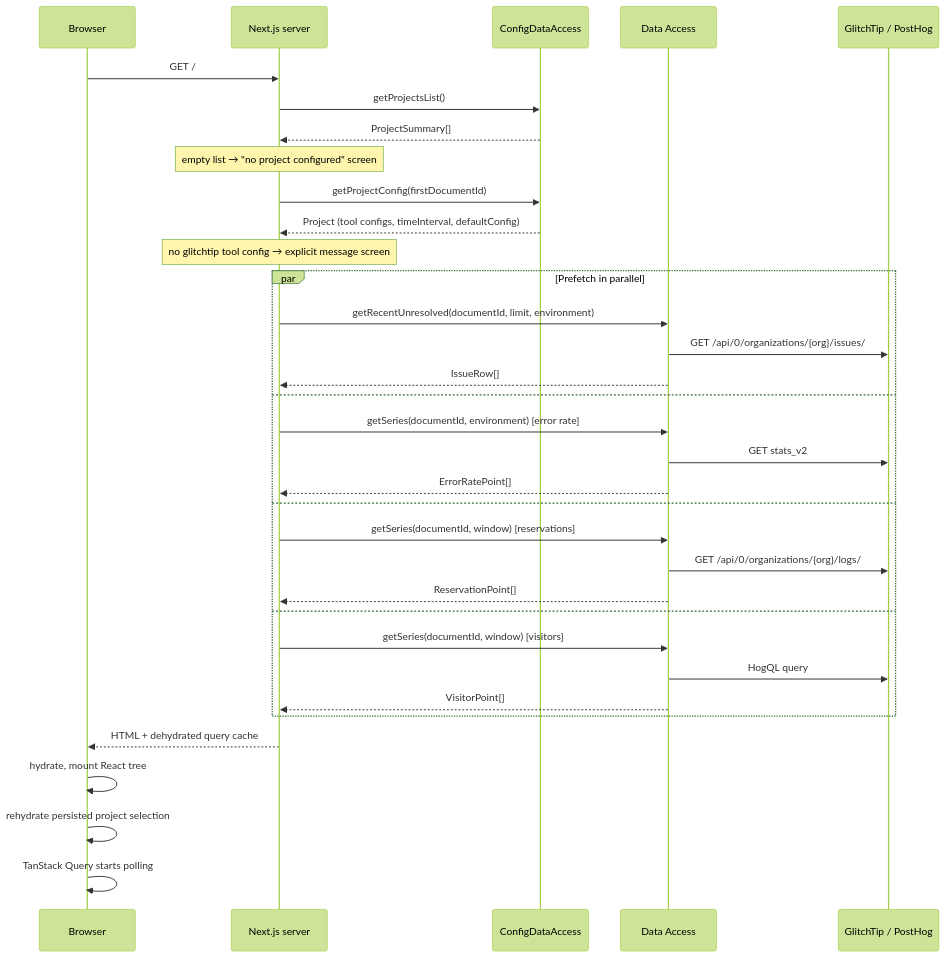
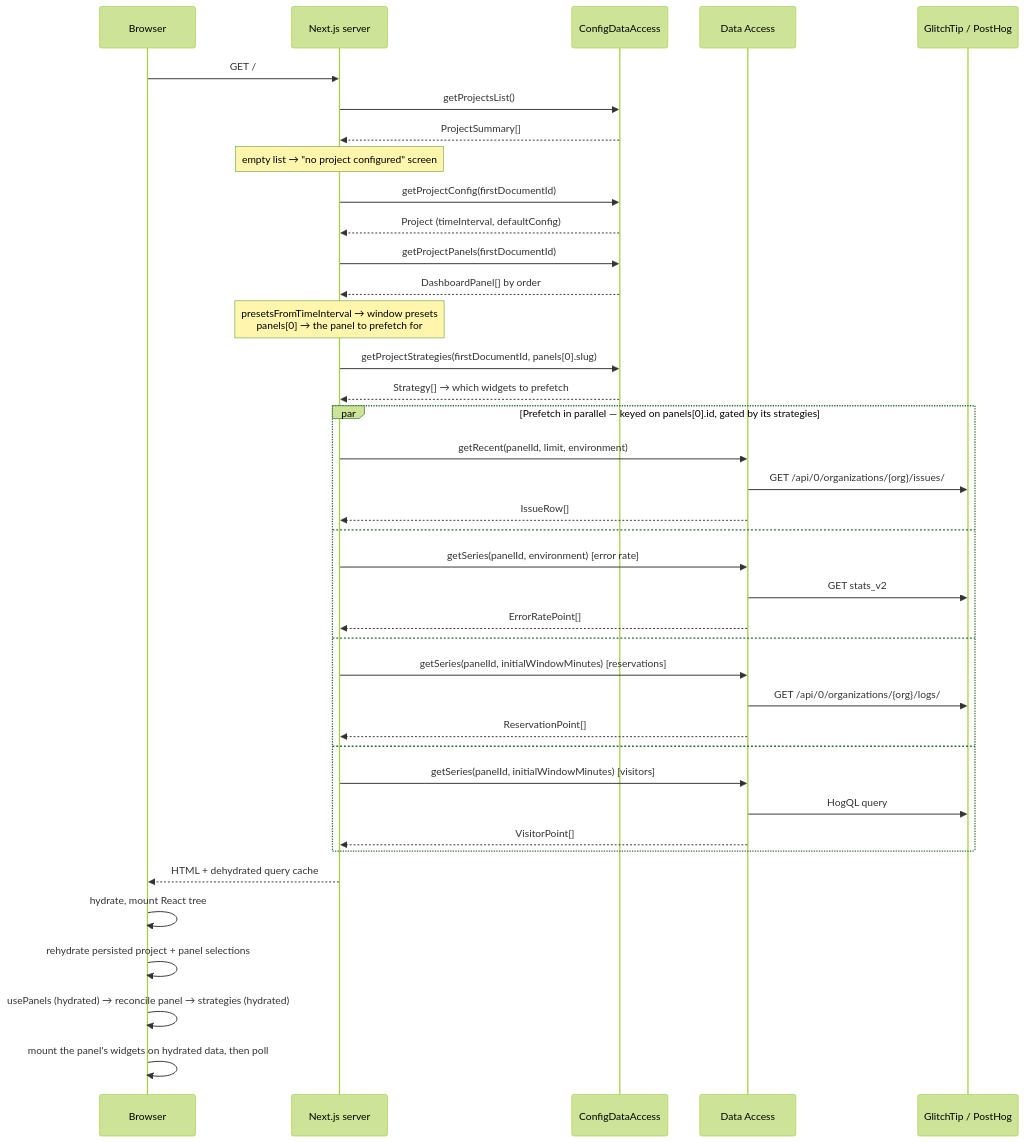
Before and after one commit to webteamuxco/dashboard-monitor: the sixth of 6 diagrams in apps/docs-site/docs/architecture.md, drawn with Mermaid (forest theme). The commit also changed other lines of this file and 27 other files, not shown here.

Commit message:
docs(dashboard): update all docs for panel feature

````diff
--- a/apps/docs-site/docs/architecture.md
+++ b/apps/docs-site/docs/architecture.md
@@ -139,38 +180,43 @@
 ```mermaid
 sequenceDiagram
     participant Browser
     participant NextServer as Next.js server
     participant Cfg as ConfigDataAccess
     participant DA as Data Access
     participant Ext as GlitchTip / PostHog
 
     Browser->>NextServer: GET /
     NextServer->>Cfg: getProjectsList()
     Cfg-->>NextServer: ProjectSummary[]
     Note over NextServer: empty list → "no project configured" screen
     NextServer->>Cfg: getProjectConfig(firstDocumentId)
-    Cfg-->>NextServer: Project (tool configs, timeInterval, defaultConfig)
-    Note over NextServer: no glitchtip tool config → explicit message screen
+    Cfg-->>NextServer: Project (timeInterval, defaultConfig)
+    NextServer->>Cfg: getProjectPanels(firstDocumentId)
+    Cfg-->>NextServer: DashboardPanel[] by order
+    Note over NextServer: presetsFromTimeInterval → window presets<br/>panels[0] → the panel to prefetch for
+    NextServer->>Cfg: getProjectStrategies(firstDocumentId, panels[0].slug)
+    Cfg-->>NextServer: Strategy[] → which widgets to prefetch
 
-    par Prefetch in parallel
-        NextServer->>DA: getRecentUnresolved(documentId, limit, environment)
+    par Prefetch in parallel — keyed on panels[0].id, gated by its strategies
+        NextServer->>DA: getRecent(panelId, limit, environment)
         DA->>Ext: GET /api/0/organizations/{org}/issues/
         DA-->>NextServer: IssueRow[]
     and
-        NextServer->>DA: getSeries(documentId, environment) [error rate]
+        NextServer->>DA: getSeries(panelId, environment) [error rate]
         DA->>Ext: GET stats_v2
         DA-->>NextServer: ErrorRatePoint[]
     and
-        NextServer->>DA: getSeries(documentId, window) [reservations]
+        NextServer->>DA: getSeries(panelId, initialWindowMinutes) [reservations]
         DA->>Ext: GET /api/0/organizations/{org}/logs/
         DA-->>NextServer: ReservationPoint[]
     and
-        NextServer->>DA: getSeries(documentId, window) [visitors]
+        NextServer->>DA: getSeries(panelId, initialWindowMinutes) [visitors]
         DA->>Ext: HogQL query
         DA-->>NextServer: VisitorPoint[]
     end
     NextServer-->>Browser: HTML + dehydrated query cache
     Browser->>Browser: hydrate, mount React tree
-    Browser->>Browser: rehydrate persisted project selection
-    Browser->>Browser: TanStack Query starts polling
+    Browser->>Browser: rehydrate persisted project + panel selections
+    Browser->>Browser: usePanels (hydrated) → reconcile panel → strategies (hydrated)
+    Browser->>Browser: mount the panel's widgets on hydrated data, then poll
 ```
````
